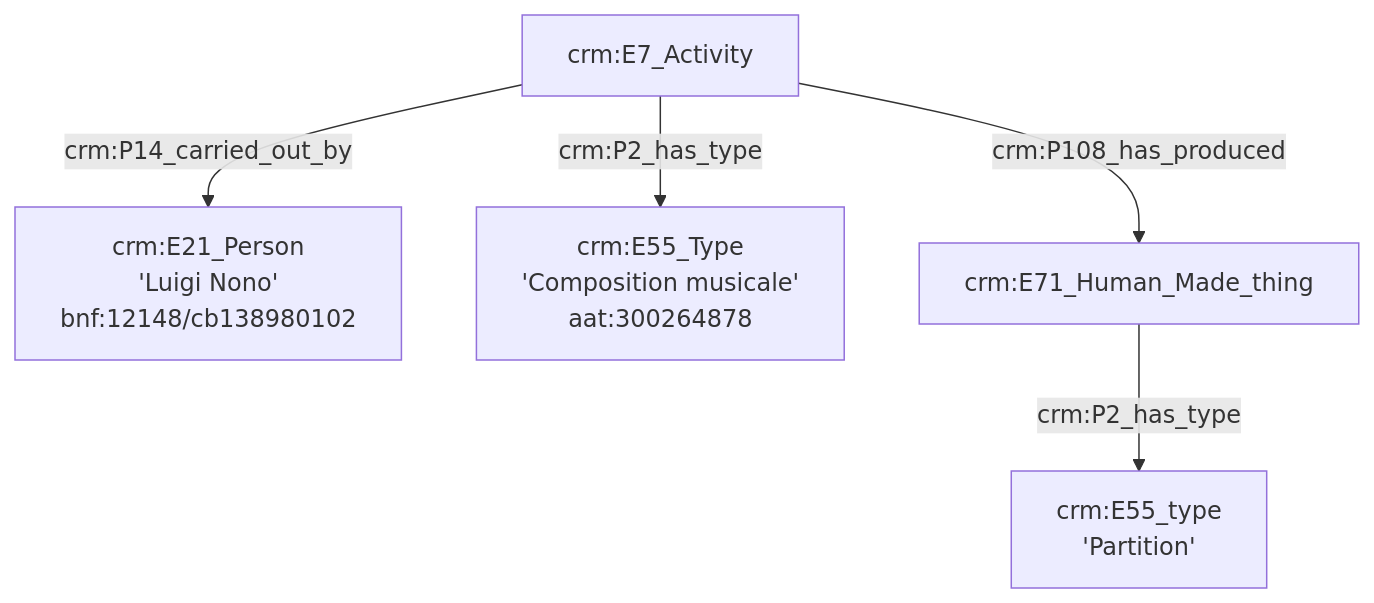
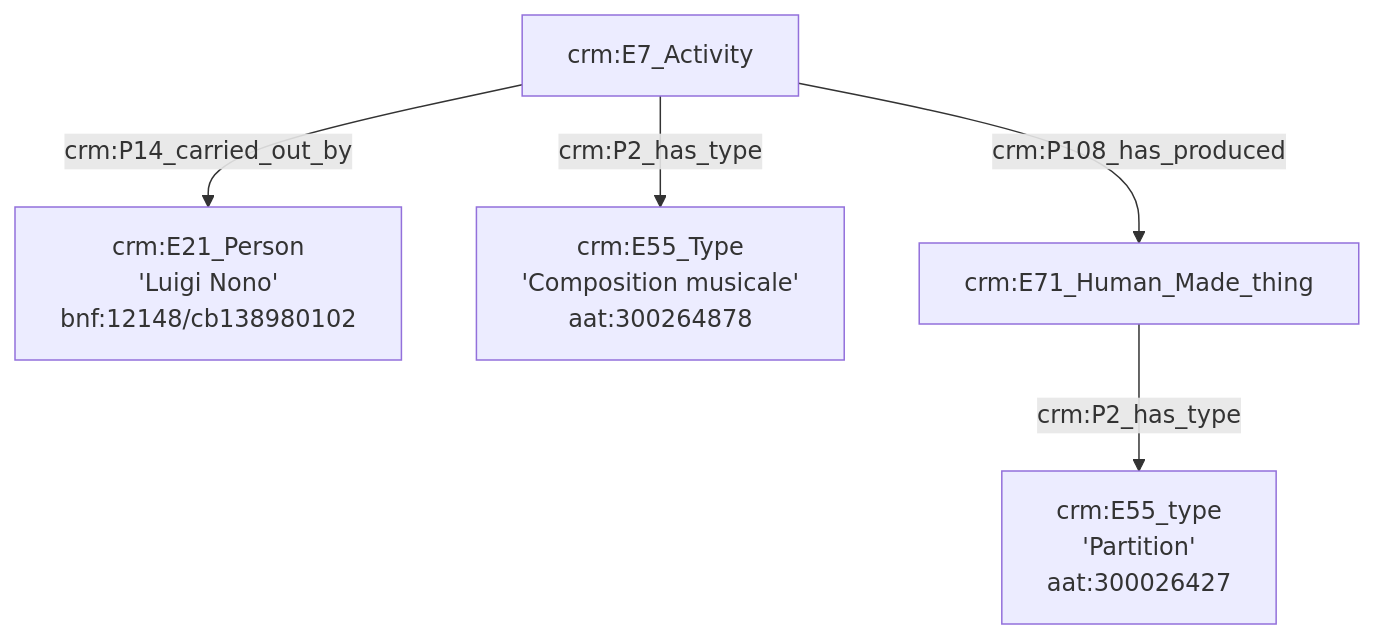
Before and after one commit to GusBraud/OntoMatchGameGus: the first of 5 diagrams in Exemple1.md, drawn with Mermaid. The commit also changed other lines of this file, not shown here.

````diff
--- a/Exemple1.md
+++ b/Exemple1.md
@@ -3,9 +3,9 @@
 ```mermaid
 graph TD;
 
 A[crm:E7_Activity] --> |crm:P14_carried_out_by| B[crm:E21_Person<br>'Luigi Nono'<br>bnf:12148/cb138980102]
 A[crm:E7_Activity] --> |crm:P2_has_type| C[crm:E55_Type<br>'Composition musicale'<br>aat:300264878]
 A[crm:E7_Activity] --> |crm:P108_has_produced| D[crm:E71_Human_Made_thing]
-D[crm:E71_Human_Made_thing] --> |crm:P2_has_type| E[crm:E55_type<br>'Partition']
+D[crm:E71_Human_Made_thing] --> |crm:P2_has_type| E[crm:E55_type<br>'Partition'<br>aat:300026427]
 
 ```
````
